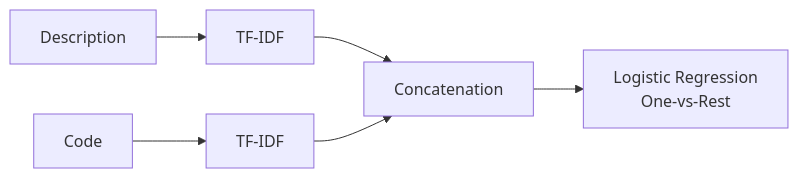
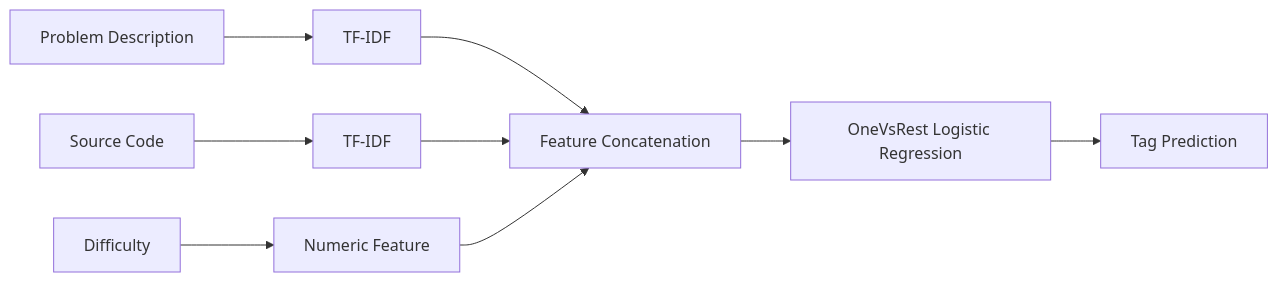
One commit to Arnaudguetch/Interviews changed the diagram in README.md. Above: the diagram before and after it, drawn with Mermaid. The commit also changed other lines of this file, not shown here.

````diff
--- a/README.md
+++ b/README.md
@@ -45,10 +205,19 @@
 ```mermaid
 flowchart LR
-    A[Description] --> B[TF-IDF]
-    C[Code] --> D[TF-IDF]
 
-    B --> E[Concatenation]
-    D --> E
+A[Problem Description]
+B[Source Code]
+C[Difficulty]
 
-    E --> F[Logistic Regression<br/>One-vs-Rest]
+A --> D[TF-IDF]
+B --> E[TF-IDF]
+C --> F[Numeric Feature]
+
+D --> G[Feature Concatenation]
+E --> G
+F --> G
+
+G --> H[OneVsRest Logistic Regression]
+
+H --> I[Tag Prediction]
 ```
````
